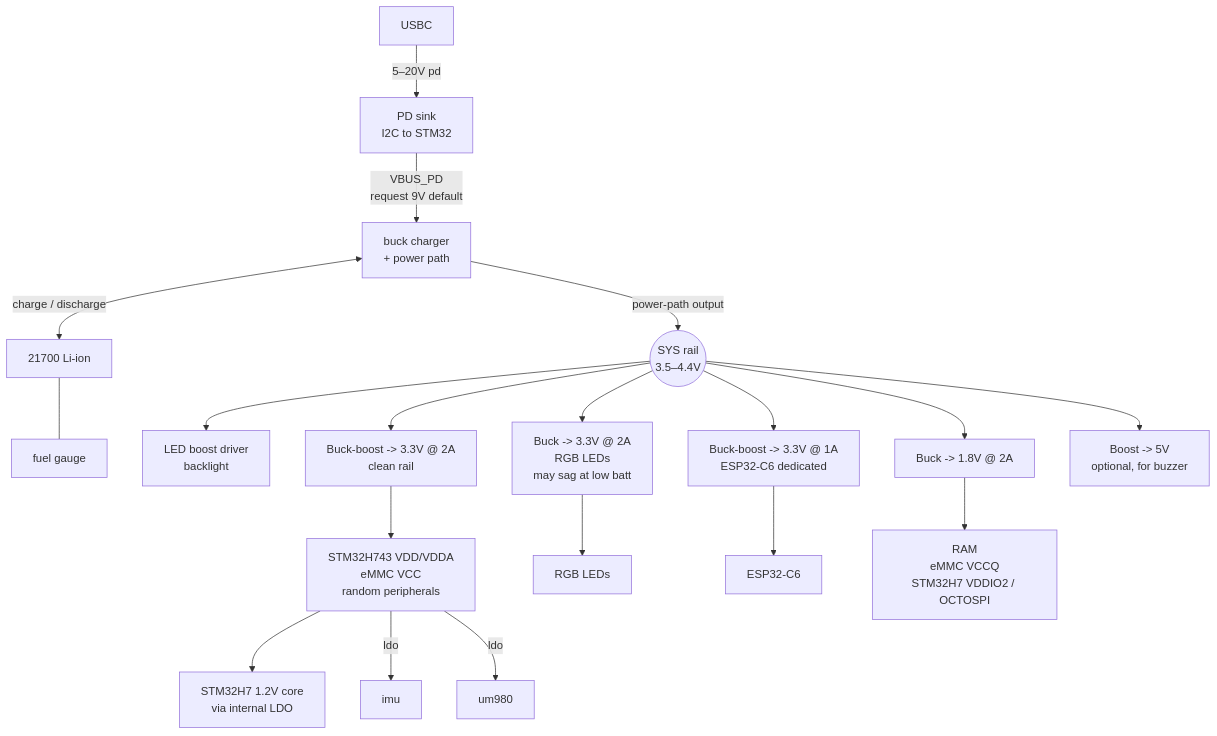
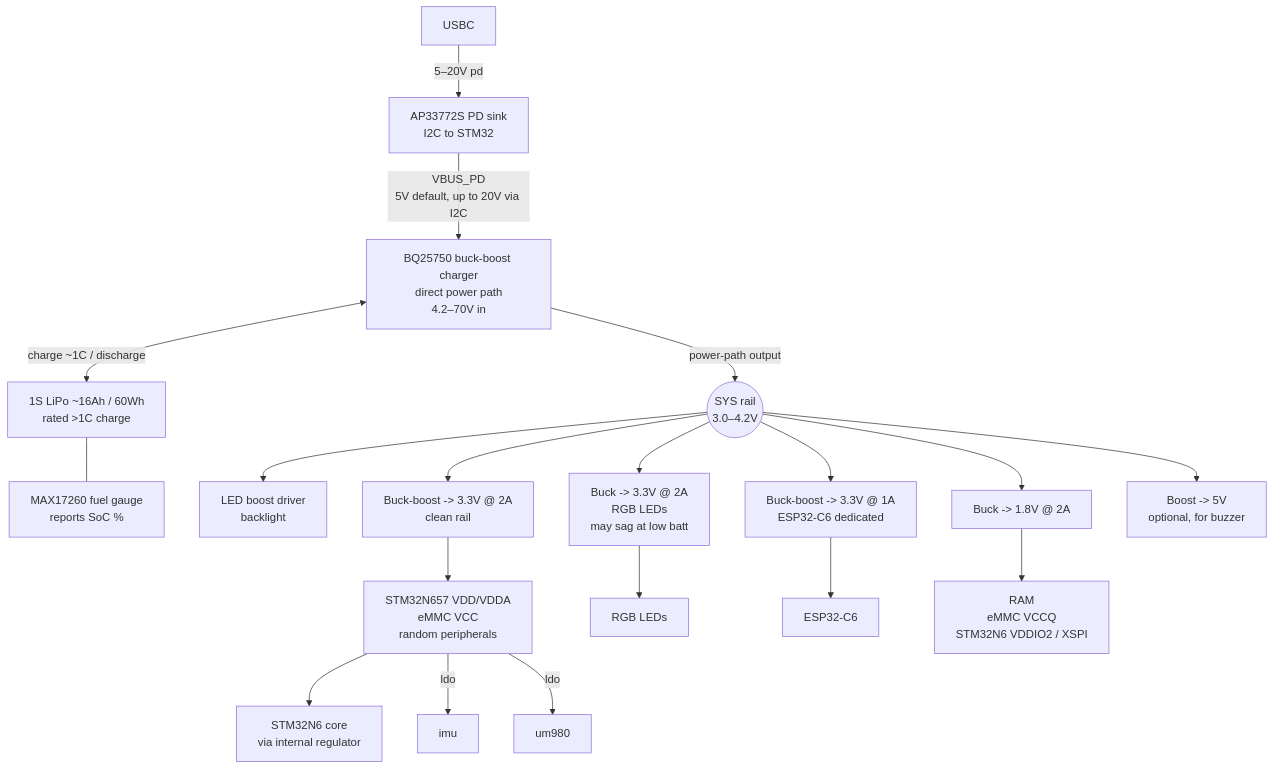
One commit to teehee567/Aevia changed the diagram in v2_design.md. Above: the diagram before and after it, drawn with Mermaid.

Commit message:
fix powertree

````diff
--- a/v2_design.md
+++ b/v2_design.md
@@ -71,44 +71,44 @@
 ```mermaid
 flowchart TD;
     USB[USBC]
-    PD[PD sink<br/>I2C to STM32]
-    BQ[buck charger<br/>+ power path]
-    BAT[21700 Li-ion]
-    FG[fuel gauge]
-    SYS((SYS rail<br/>3.5–4.4V))
+    PD[AP33772S PD sink<br/>I2C to STM32]
+    BQ[BQ25750 buck-boost charger<br/>direct power path<br/>4.2–70V in]
+    BAT[1S LiPo ~16Ah / 60Wh<br/>rated >1C charge]
+    FG[MAX17260 fuel gauge<br/>reports SoC %]
+    SYS((SYS rail<br/>3.0–4.2V))
 
     BL[LED boost driver<br/>backlight]
     B33[Buck-boost -> 3.3V @ 2A<br/>clean rail]
     B33L[Buck -> 3.3V @ 2A<br/>RGB LEDs<br/>may sag at low batt]
     BESP[Buck-boost -> 3.3V @ 1A<br/>ESP32-C6 dedicated]
     B18[Buck -> 1.8V @ 2A]
     B5[Boost -> 5V<br/>optional, for buzzer]
 
-    L33[STM32H743 VDD/VDDA<br/>eMMC VCC<br/>random peripherals]
+    L33[STM32N657 VDD/VDDA<br/>eMMC VCC<br/>random peripherals]
     LLED[RGB LEDs]
     LESP[ESP32-C6]
-    L18[RAM<br/>eMMC VCCQ<br/>STM32H7 VDDIO2 / OCTOSPI]
-    CORE[STM32H7 1.2V core<br/>via internal LDO]
+    L18[RAM<br/>eMMC VCCQ<br/>STM32N6 VDDIO2 / XSPI]
+    CORE[STM32N6 core<br/>via internal regulator]
 
     USB -->|5–20V pd| PD
-    PD -->|VBUS_PD<br/>request 9V default| BQ
-    BQ <-->|charge / discharge| BAT
+    PD -->|VBUS_PD<br/>5V default, up to 20V via I2C| BQ
+    BQ <-->|charge ~1C / discharge| BAT
     BAT --- FG
     BQ -->|power-path output| SYS
 
     SYS --> BL
     SYS --> B33
     SYS --> B33L
     SYS --> BESP
     SYS --> B18
     SYS --> B5
 
     B33 --> L33
     B33L --> LLED
     BESP --> LESP
     B18 --> L18
     L33 --> CORE
 
     L33 -->|ldo| imu
     L33 -->|ldo| um980
 ```
````
